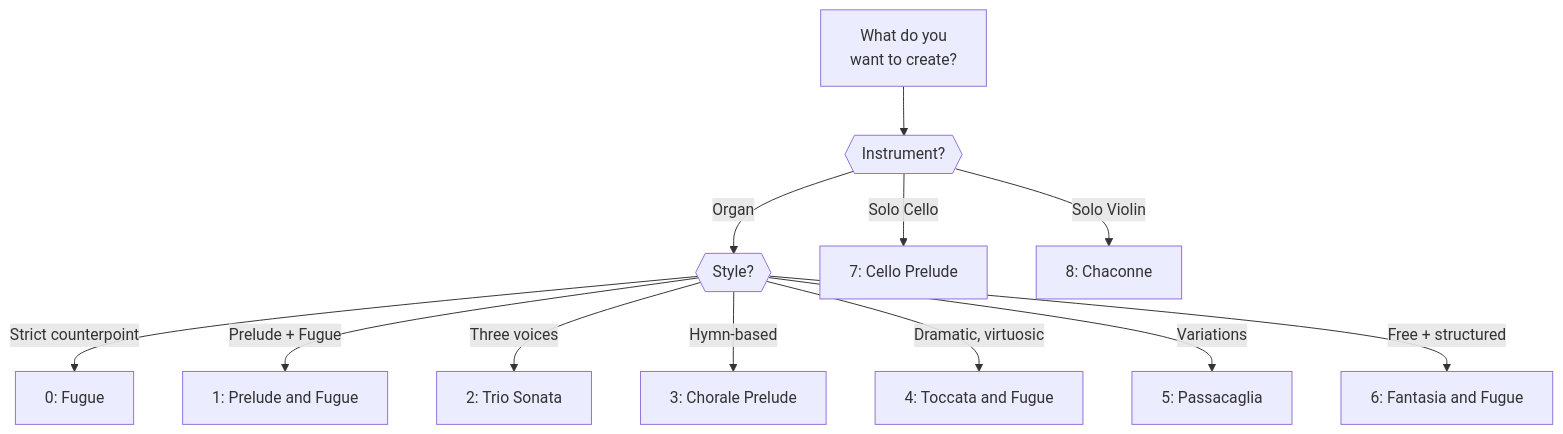
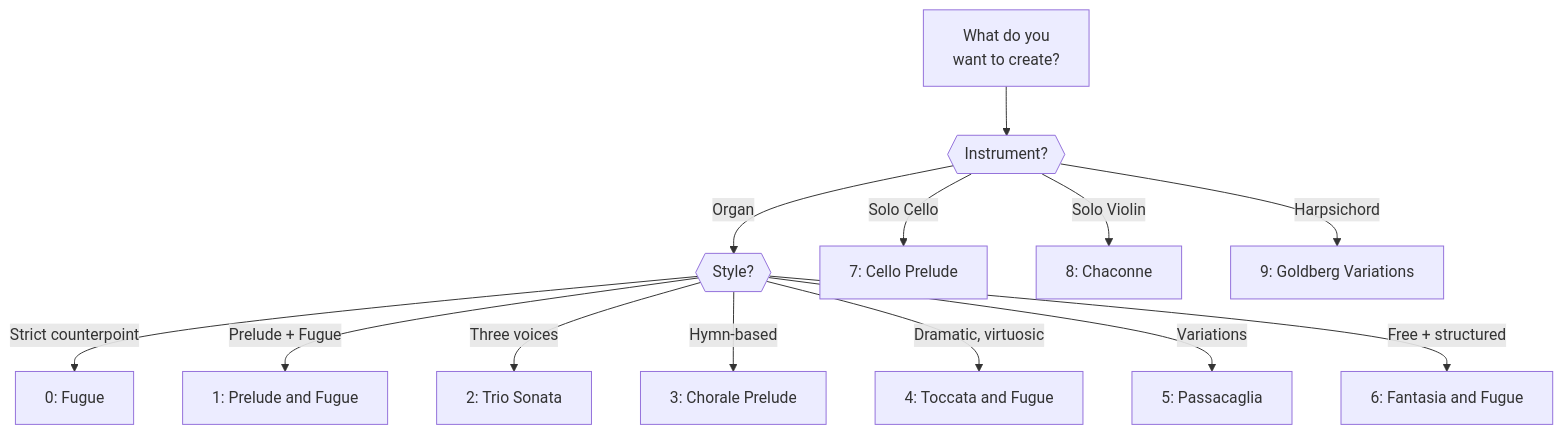
The diagram in src/docs/presets.md (libraz/midi-sketch-bach-homepage), drawn with Mermaid before and after one commit. The commit also changed other lines of this file and 34 other files, not shown here.

````diff
--- a/src/docs/presets.md
+++ b/src/docs/presets.md
@@ -28,14 +33,15 @@
 ```mermaid
 graph TD
     A["What do you<br>want to create?"] --> B{{"Instrument?"}}
     B -->|"Organ"| C{{"Style?"}}
     B -->|"Solo Cello"| D["7: Cello Prelude"]
     B -->|"Solo Violin"| E["8: Chaconne"]
+    B -->|"Harpsichord"| M["9: Goldberg Variations"]
     C -->|"Strict counterpoint"| F["0: Fugue"]
     C -->|"Prelude + Fugue"| G["1: Prelude and Fugue"]
     C -->|"Three voices"| H["2: Trio Sonata"]
     C -->|"Hymn-based"| I["3: Chorale Prelude"]
     C -->|"Dramatic, virtuosic"| J["4: Toccata and Fugue"]
     C -->|"Variations"| K["5: Passacaglia"]
     C -->|"Free + structured"| L["6: Fantasia and Fugue"]
 ```
````
